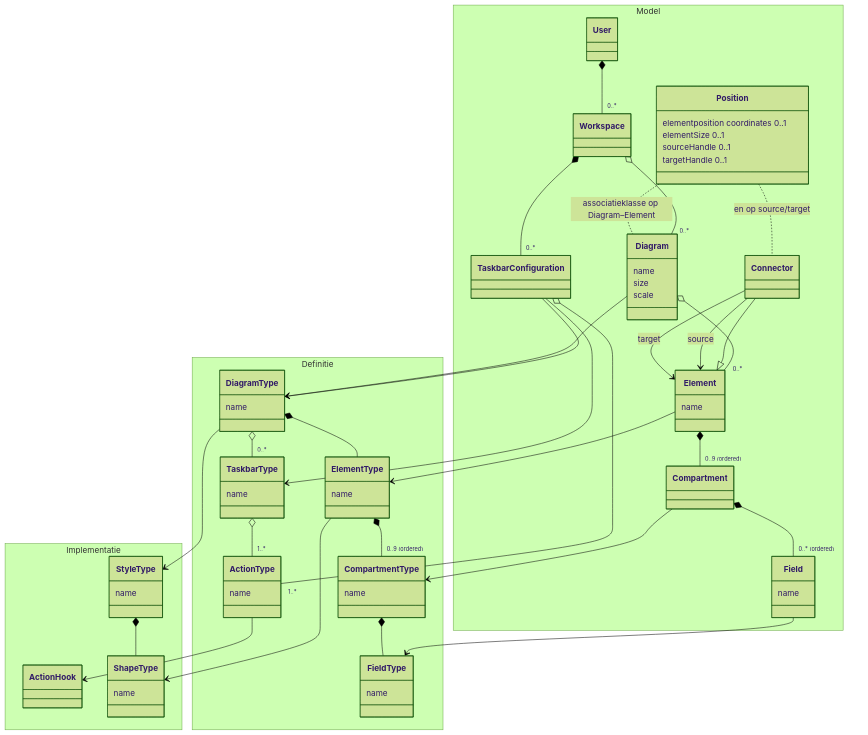
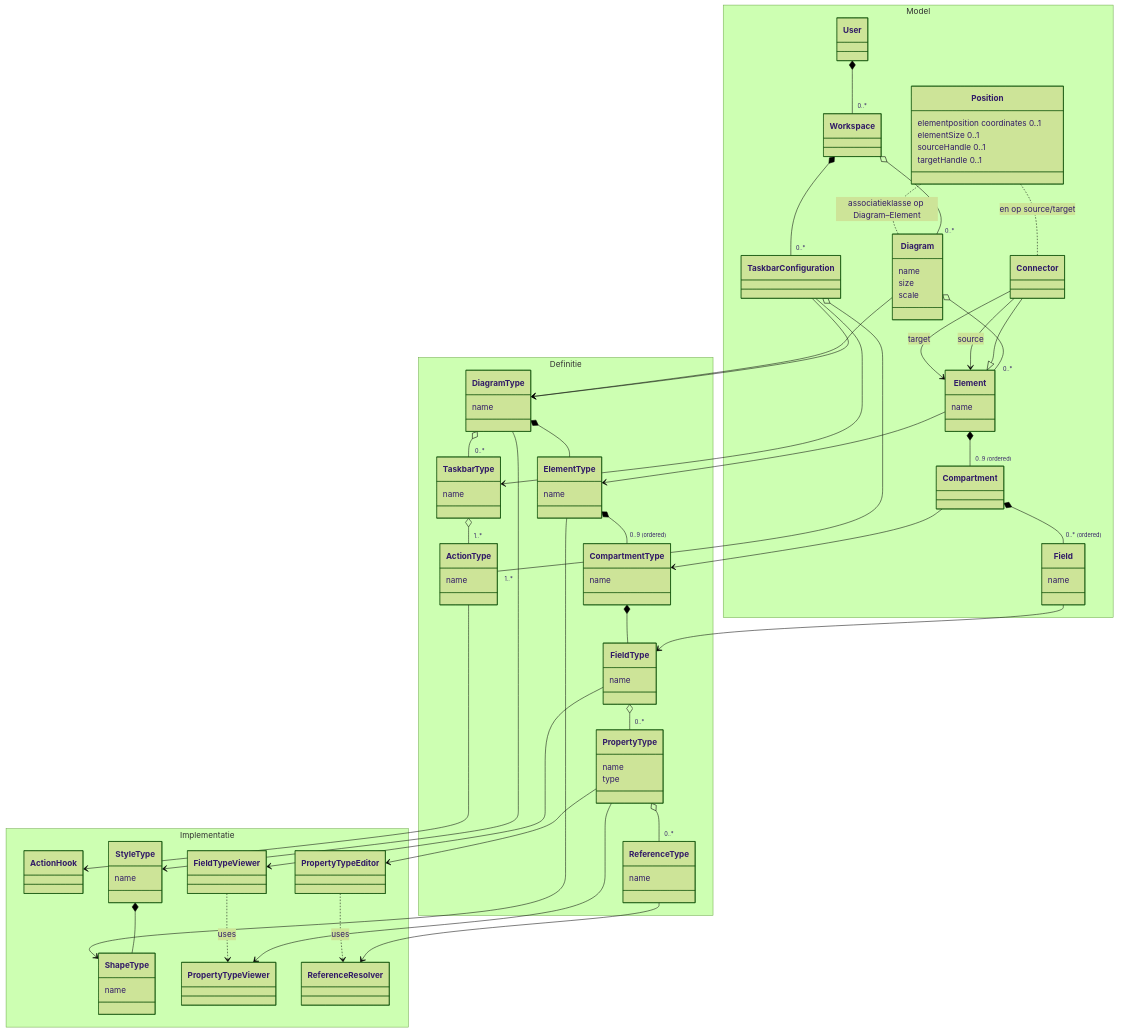
The diagram in bitemp_register_v06/docs/STUDIO-05-diagramcore-plan.md (MarkWestbroek/Bitemporal_2026), drawn with Mermaid (forest theme) before and after one commit. The commit also changed other lines of this file, not shown here.

````diff
--- a/bitemp_register_v06/docs/STUDIO-05-diagramcore-plan.md
+++ b/bitemp_register_v06/docs/STUDIO-05-diagramcore-plan.md
@@ -79,11 +79,20 @@
       class ElementType { name }
       class CompartmentType { name }
       class FieldType { name }
+      class PropertyType {
+        name
+        type
+      }
+      class ReferenceType { name }
     }
     namespace Implementatie {
       class ActionHook
       class StyleType { name }
       class ShapeType { name }
+      class FieldTypeViewer
+      class PropertyTypeViewer
+      class PropertyTypeEditor
+      class ReferenceResolver
     }
 
     User *-- "0..*" Workspace
@@ -113,8 +122,17 @@
     DiagramType o-- "0..*" TaskbarType
     TaskbarType o-- "1..*" ActionType
 
+    FieldType o-- "0..*" PropertyType
+    PropertyType o-- "0..*" ReferenceType
+
     ActionType --> ActionHook
     DiagramType --> StyleType
     StyleType *-- ShapeType
     ElementType --> ShapeType
+    FieldType --> FieldTypeViewer
+    PropertyType --> PropertyTypeViewer
+    PropertyType --> PropertyTypeEditor
+    ReferenceType --> ReferenceResolver
+    FieldTypeViewer ..> PropertyTypeViewer : uses
+    PropertyTypeEditor ..> ReferenceResolver : uses
 ```
````
